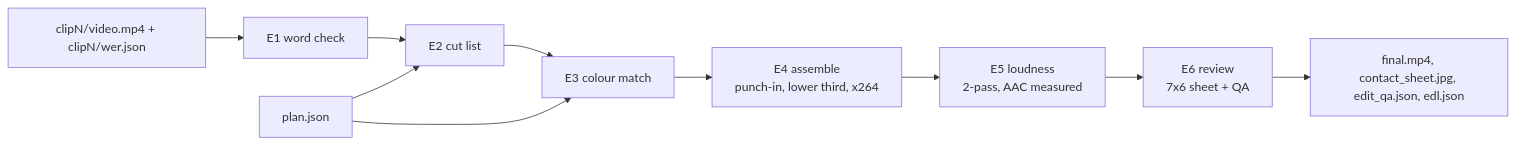
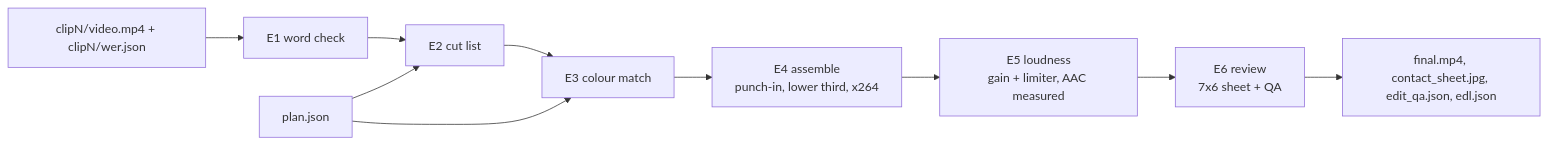
One commit to modimorph/onegpu-longvideo changed the diagram in docs/EDITOR.md. Above: the diagram before and after it, drawn with Mermaid. The commit also changed other lines of this file and 3 other files, not shown here.

````diff
--- a/docs/EDITOR.md
+++ b/docs/EDITOR.md
@@ -6,8 +6,8 @@
 ```mermaid
 flowchart LR
     C["clipN/video.mp4 + clipN/wer.json"] --> E1["E1 word check"] --> E2["E2 cut list"] --> E3["E3 colour match"]
     PJ["plan.json"] --> E2
     PJ --> E3
-    E3 --> E4["E4 assemble<br/>punch-in, lower third, x264"] --> E5["E5 loudness<br/>2-pass, AAC measured"] --> E6["E6 review<br/>7x6 sheet + QA"]
+    E3 --> E4["E4 assemble<br/>punch-in, lower third, x264"] --> E5["E5 loudness<br/>gain + limiter, AAC measured"] --> E6["E6 review<br/>7x6 sheet + QA"]
     E6 --> O["final.mp4, contact_sheet.jpg, edit_qa.json, edl.json"]
 ```
````
